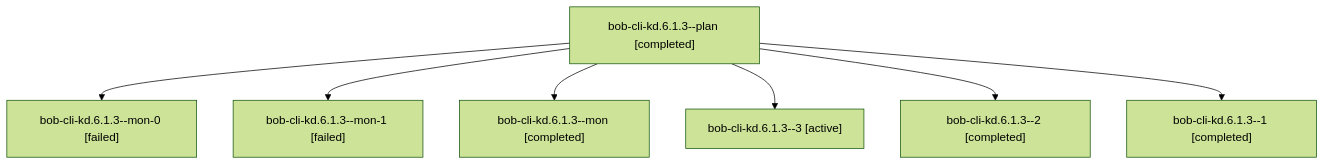
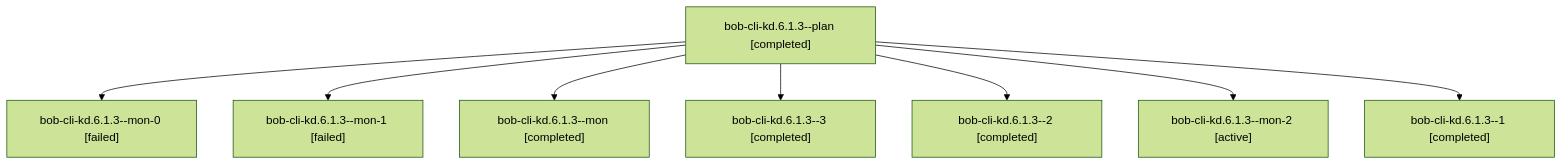
The diagram in sessions/bbugyi200.athena.bob-cli-kd.6.1.3.md (bobs-org/bob-cli--agents), drawn with Mermaid (forest theme) before and after one commit. The commit also changed other lines of this file and 95 other files, not shown here.

````diff
--- a/sessions/bbugyi200.athena.bob-cli-kd.6.1.3.md
+++ b/sessions/bbugyi200.athena.bob-cli-kd.6.1.3.md
@@ -9,16 +9,18 @@
 ```mermaid
 flowchart TD
   n0["bob-cli-kd.6.1.3--plan [completed]"]
   n1["bob-cli-kd.6.1.3--mon-0 [failed]"]
   n0 --> n1
   n2["bob-cli-kd.6.1.3--mon-1 [failed]"]
   n0 --> n2
   n3["bob-cli-kd.6.1.3--mon [completed]"]
   n0 --> n3
-  n4["bob-cli-kd.6.1.3--3 [active]"]
+  n4["bob-cli-kd.6.1.3--3 [completed]"]
   n0 --> n4
   n5["bob-cli-kd.6.1.3--2 [completed]"]
   n0 --> n5
-  n6["bob-cli-kd.6.1.3--1 [completed]"]
+  n6["bob-cli-kd.6.1.3--mon-2 [active]"]
   n0 --> n6
+  n7["bob-cli-kd.6.1.3--1 [completed]"]
+  n0 --> n7
 ```
````
